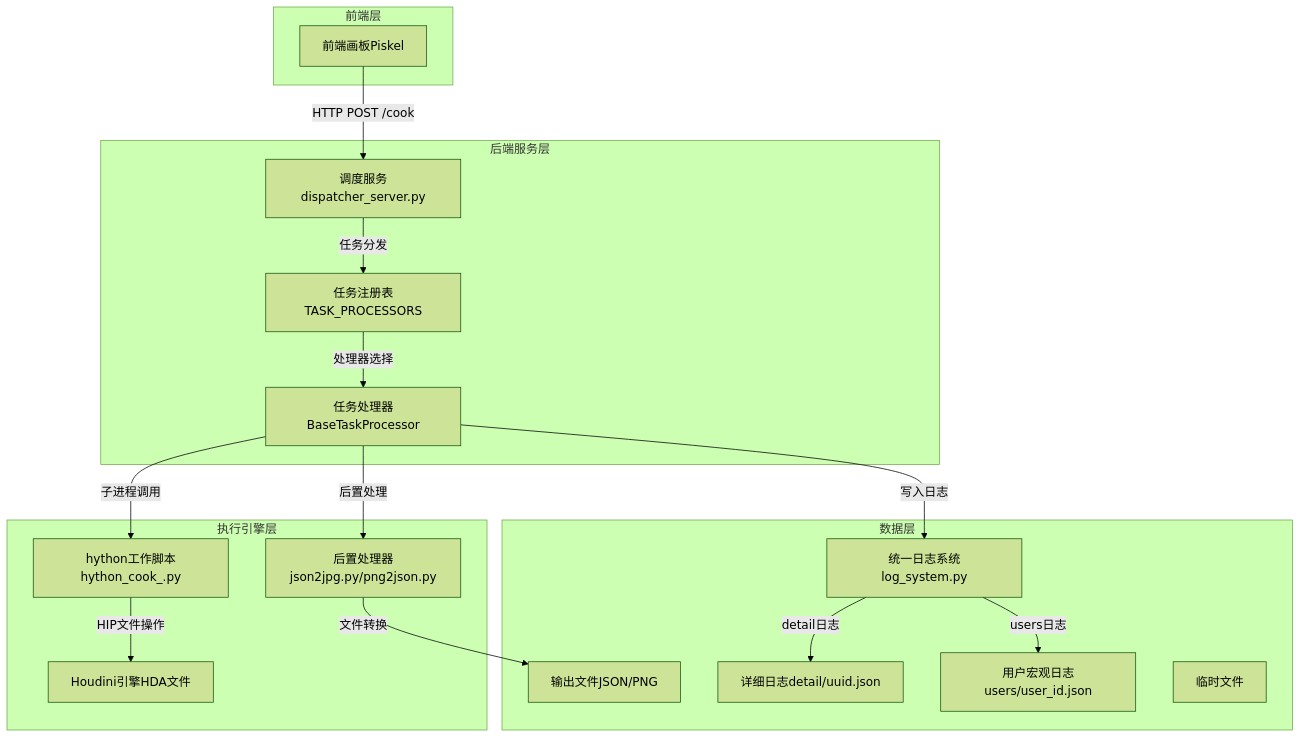
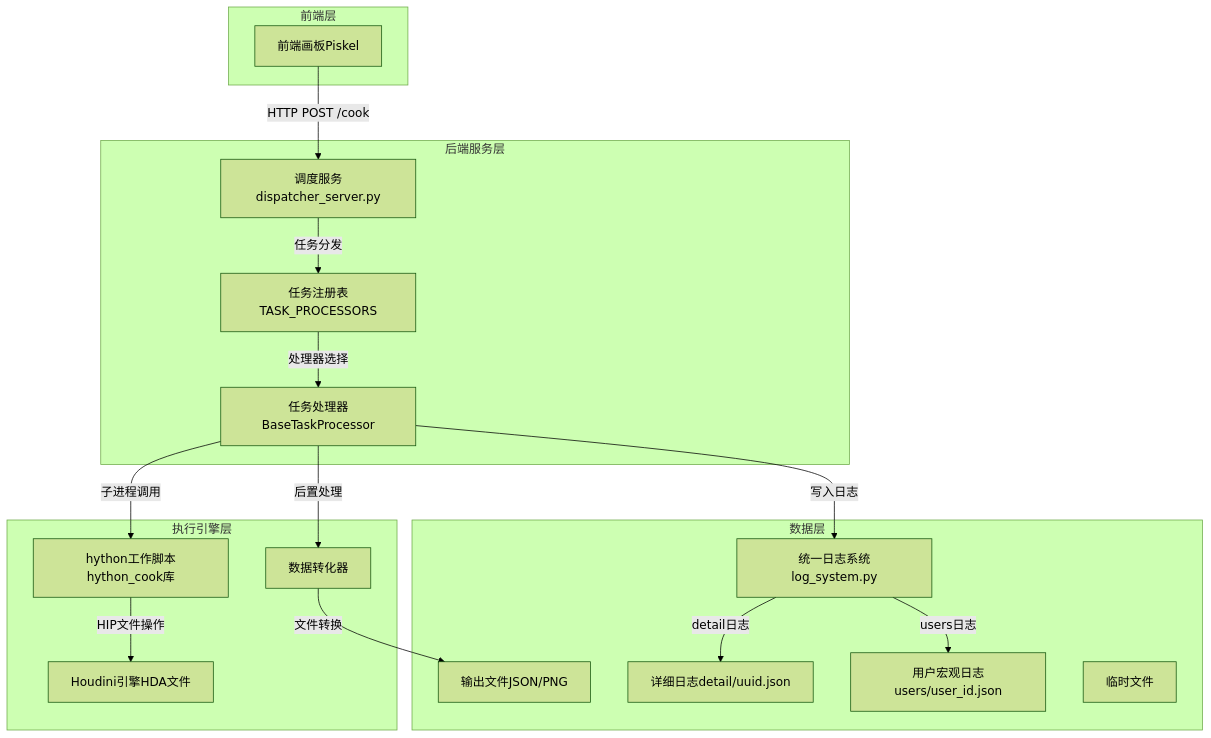
Before and after one commit to NTOM/piskel2Houdini: the first of 8 diagrams in Houdini后端服务架构笔记.md, drawn with Mermaid (forest theme). The commit also changed other lines of this file and 1 other file, not shown here.

````diff
--- a/Houdini后端服务架构笔记.md
+++ b/Houdini后端服务架构笔记.md
@@ -31,38 +31,38 @@
 ```mermaid
 graph TB
     Client[前端画板Piskel] -->|HTTP POST /cook| Dispatcher[调度服务dispatcher_server.py]
     Dispatcher -->|任务分发| TaskRegistry[任务注册表TASK_PROCESSORS]
     TaskRegistry -->|处理器选择| Processor[任务处理器BaseTaskProcessor]
-    Processor -->|子进程调用| HythonWorker[hython工作脚本hython_cook_.py]
+    Processor -->|子进程调用| HythonWorker[hython工作脚本hython_cook库]
     HythonWorker -->|HIP文件操作| Houdini[Houdini引擎HDA文件]
-    Processor -->|后置处理| PostProcessor[后置处理器json2jpg.py/png2json.py]
+    Processor -->|后置处理| PostProcessor[数据转化器]
     PostProcessor -->|文件转换| Output[输出文件JSON/PNG]
 
     Processor -->|写入日志| LogSystem[统一日志系统log_system.py]
     LogSystem -->|detail日志| DetailLog[详细日志detail/uuid.json]
     LogSystem -->|users日志| UsersLog[用户宏观日志users/user_id.json]
 
     subgraph 前端层
         Client
     end
 
     subgraph 后端服务层
         Dispatcher
         TaskRegistry
         Processor
     end
 
     subgraph 执行引擎层
         HythonWorker
         Houdini
         PostProcessor
     end
 
     subgraph 数据层
         LogSystem
         TempFiles[临时文件]
         Output
         DetailLog
         UsersLog
     end
 ```
````
